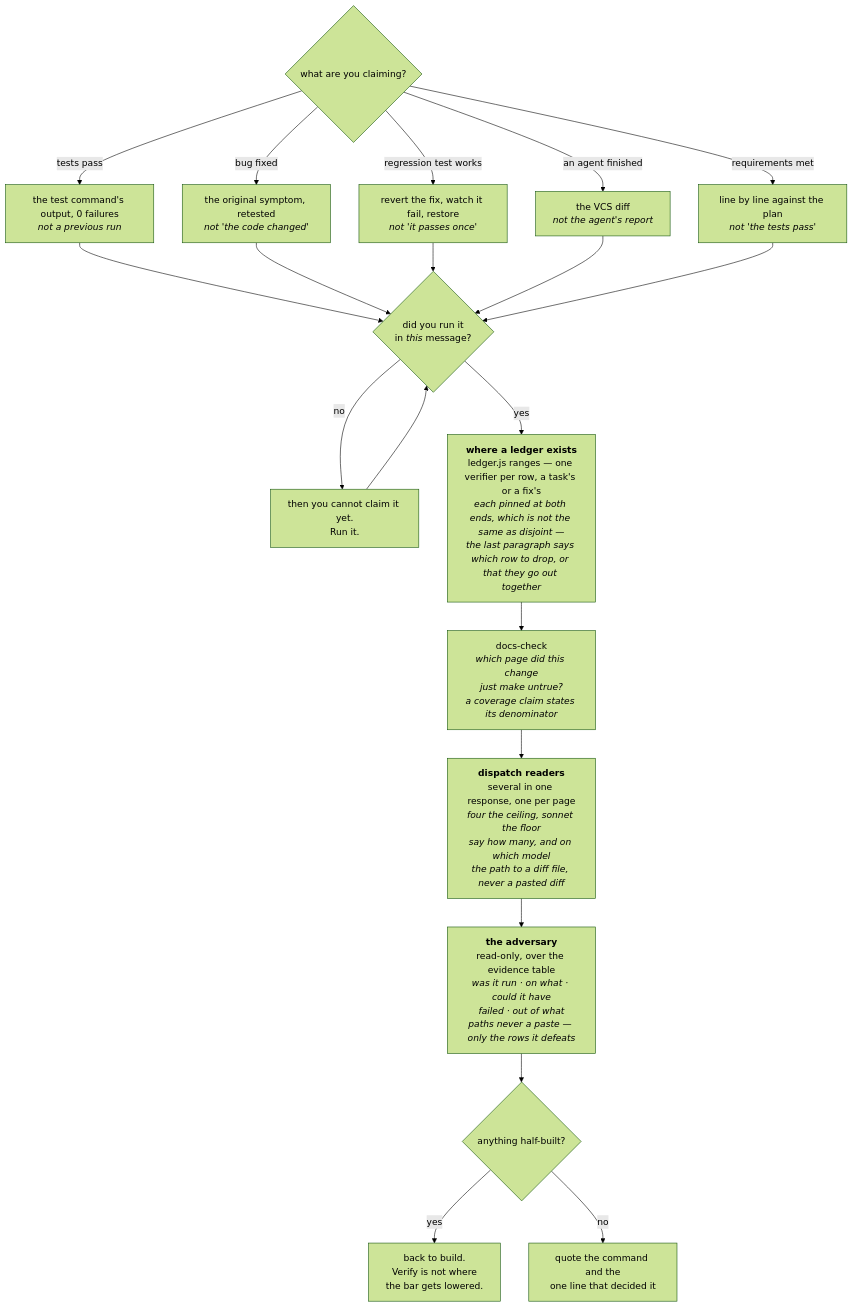
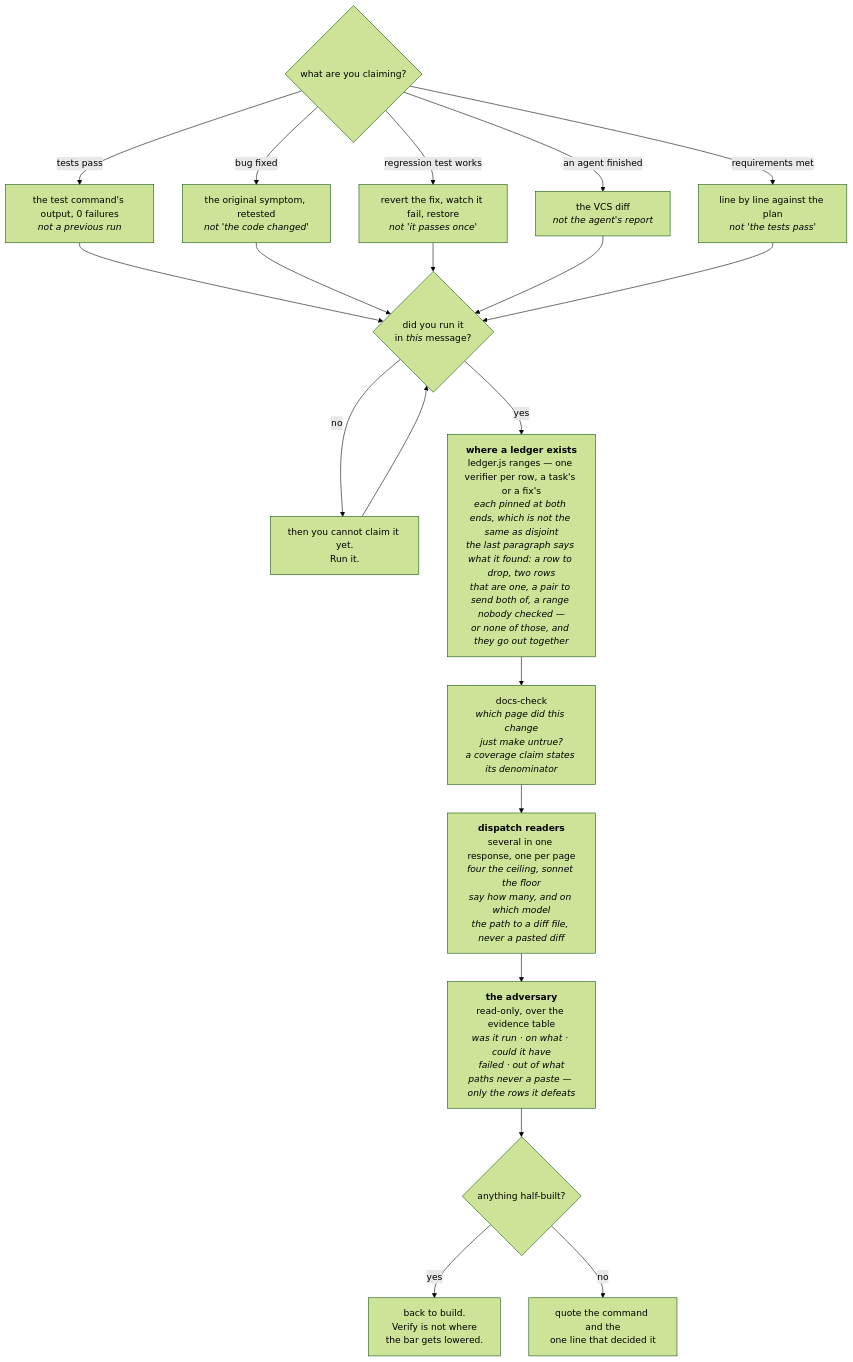
Before and after one commit to FanFantom9452/FanKeel: the sixth of 8 diagrams in docs/pipeline.md, drawn with Mermaid (forest theme).

Commit message:
fix: the diagram node dropped two of the four shapes
- docs/pipeline.md: the ledger node compressed the trailer to a row to drop
  or a clean go-out-together, which leaves out crossing rows (send both,
  nothing is dropped) and a range git could not read (unverified, neither).
  It named fewer shapes than the page it mirrors.

Claude-Session: https://claude.ai/code/session_01BcqByb1qpjUaoEQG5q3fRg

````diff
--- a/docs/pipeline.md
+++ b/docs/pipeline.md
@@ -557,38 +557,38 @@
 ```mermaid
 flowchart TD
     A{"what are you claiming?"}
     A1["the test command's output, 0 failures<br/><i>not a previous run</i>"]
     A2["the original symptom, retested<br/><i>not 'the code changed'</i>"]
     A3["revert the fix, watch it fail, restore<br/><i>not 'it passes once'</i>"]
     A4["the VCS diff<br/><i>not the agent's report</i>"]
     A5["line by line against the plan<br/><i>not 'the tests pass'</i>"]
     B{"did you run it<br/>in <i>this</i> message?"}
     C["then you cannot claim it yet.<br/>Run it."]
-    D0["<b>where a ledger exists</b><br/>ledger.js ranges — one verifier per row, a task's or a fix's<br/><i>each pinned at both ends, which is not the same as disjoint —<br/>the last paragraph says which row to drop, or that they go out together</i>"]
+    D0["<b>where a ledger exists</b><br/>ledger.js ranges — one verifier per row, a task's or a fix's<br/><i>each pinned at both ends, which is not the same as disjoint</i><br/><i>the last paragraph says what it found: a row to drop, two rows</i><br/><i>that are one, a pair to send both of, a range nobody checked —</i><br/><i>or none of those, and they go out together</i>"]
     D["docs-check<br/><i>which page did this change<br/>just make untrue?</i><br/><i>a coverage claim states its denominator</i>"]
     D1["<b>dispatch readers</b><br/>several in one response, one per page<br/><i>four the ceiling, sonnet the floor</i><br/><i>say how many, and on which model</i><br/><i>the path to a diff file, never a pasted diff</i>"]
     D2["<b>the adversary</b><br/>read-only, over the evidence table<br/><i>was it run · on what · could it have<br/>failed · out of what</i><br/><i>paths never a paste — only the rows it defeats</i>"]
     E{"anything half-built?"}
     F["back to build.<br/>Verify is not where<br/>the bar gets lowered."]
     G["quote the command and the<br/>one line that decided it"]
 
     A -- "tests pass" --> A1
     A -- "bug fixed" --> A2
     A -- "regression test works" --> A3
     A -- "an agent finished" --> A4
     A -- "requirements met" --> A5
     A1 --> B
     A2 --> B
     A3 --> B
     A4 --> B
     A5 --> B
     B -- no --> C
     C --> B
     B -- yes --> D0
     D0 --> D
     D --> D1
     D1 --> D2
     D2 --> E
     E -- yes --> F
     E -- no --> G
 ```
````
